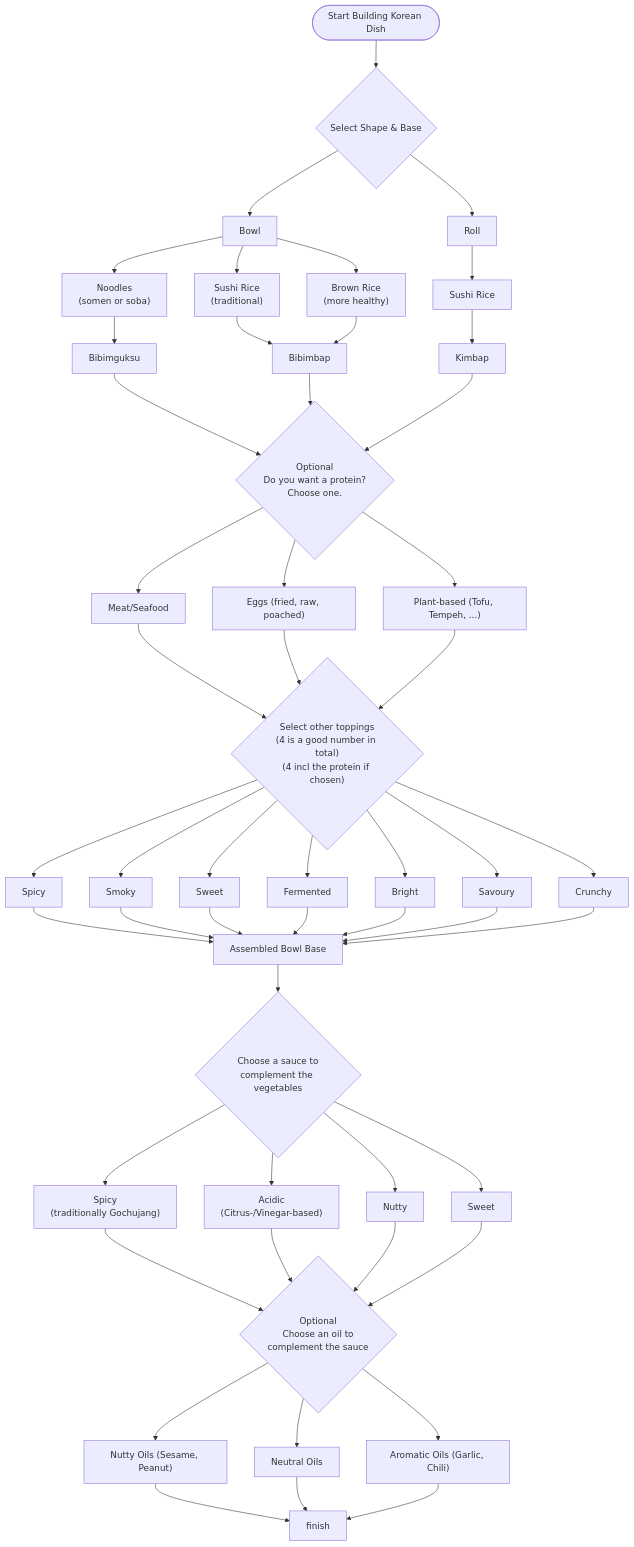
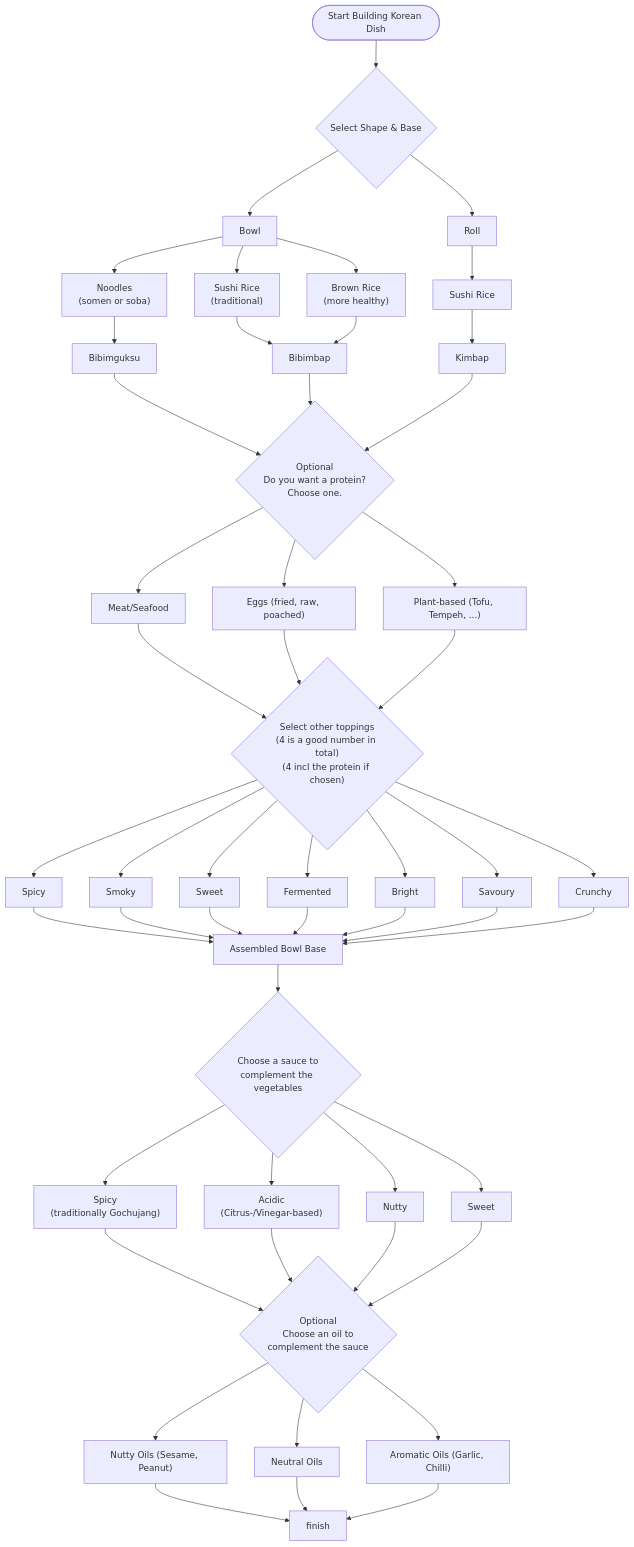
The diagram in data_modularflavour/text/_1.2.0. Korean Rice_flowchart.md (miromissotten/cookbook), drawn with Mermaid before and after one commit. The commit also changed 84 other files, not shown here.

````diff
--- a/data_modularflavour/text/_1.2.0. Korean Rice_flowchart.md
+++ b/data_modularflavour/text/_1.2.0. Korean Rice_flowchart.md
@@ -4,76 +4,76 @@
 ```mermaid
 graph TD
     start(["Start Building Korean Dish"])
 
     %% Base Layer
     Shape{"Select Shape & Base"}
     start --> Shape
     
     Shape --> Shape_Roll["Roll"]
     Shape --> Shape_Bowl["Bowl"]
     
     Rice_sushi_roll["Sushi Rice"]
     Shape_Roll --> Rice_sushi_roll
     Rice_sushi_roll --> kimbap["Kimbap"]
    
     Shape_Bowl --> Rice_sushi["Sushi Rice<br/>(traditional)"]
     Shape_Bowl --> Rice_brown["Brown Rice<br/>(more healthy)"]
     Bibimbap["Bibimbap"]
     Rice_sushi --> Bibimbap
     Rice_brown --> Bibimbap
     
     Shape_Bowl --> Noodles["Noodles<br/>(somen or soba)"]
     Noodles --> Bibimguksu["Bibimguksu"]
 
     %% Protein Layer
     Protein{"Optional<br/>Do you want a protein?<br/>Choose one."}
     Bibimguksu --> Protein
     Bibimbap --> Protein
     kimbap --> Protein
     Protein --> Animal["Meat/Seafood"]
     Protein --> Eggs["Eggs (fried, raw, poached)"]
     Protein --> Plant["Plant-based (Tofu, Tempeh, ...)"]
 
     %% Vegetables Layer
     Vegetables{"Select other toppings<br/>(4 is a good number in total)<br/>(4 incl the protein if chosen)"}
     Animal --> Vegetables
     Eggs --> Vegetables
     Plant --> Vegetables
     Vegetables --> V_Spicy[Spicy]
     Vegetables --> V_Smoky[Smoky]
     Vegetables --> V_Sweet[Sweet]
     Vegetables --> V_Fermented[Fermented]
     Vegetables --> V_Bright[Bright]
     Vegetables --> V_Savoury[Savoury]
     Vegetables --> V_Crunchy[Crunchy]
 
 	assembledbowl["Assembled Bowl Base"]
 	V_Spicy --> assembledbowl
 	V_Smoky --> assembledbowl
 	V_Sweet --> assembledbowl
 	V_Fermented --> assembledbowl
 	V_Bright --> assembledbowl
 	V_Savoury --> assembledbowl
 	V_Crunchy --> assembledbowl
 	
     %% Sauce Layer
     sauce{"Choose a sauce to<br/>complement the vegetables"}
     assembledbowl --> sauce
     sauce --> sauce_Spicy["Spicy<br/>(traditionally Gochujang)"]
     sauce --> sauce_AcidicSauce["Acidic<br/>(Citrus-/Vinegar-based)"]
     sauce --> sauce_Nutty["Nutty"]
     sauce --> sauce_Sweet["Sweet"]
 
     %% Fat / Aroma Layer
     oils{"Optional<br/>Choose an oil to<br/>complement the sauce"}
     sauce_Spicy --> oils
     sauce_AcidicSauce --> oils
     sauce_Nutty --> oils
     sauce_Sweet --> oils
     oils --> Oils_NuttyOil["Nutty Oils (Sesame, Peanut)"]
     oils --> Oils_NeutralOil["Neutral Oils"]
-    oils --> Oils_AromaticOil["Aromatic Oils (Garlic, Chili)"]
+    oils --> Oils_AromaticOil["Aromatic Oils (Garlic, Chilli)"]
     Oils_NuttyOil --> finish
     Oils_NeutralOil --> finish
     Oils_AromaticOil --> finish
 ```
````
